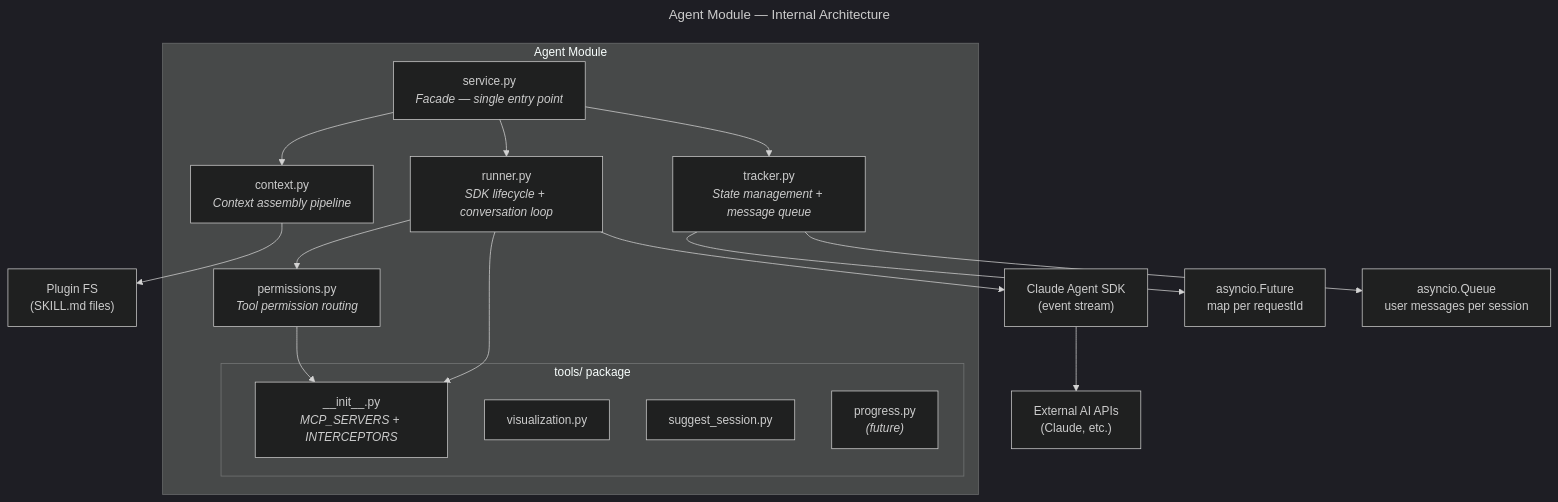
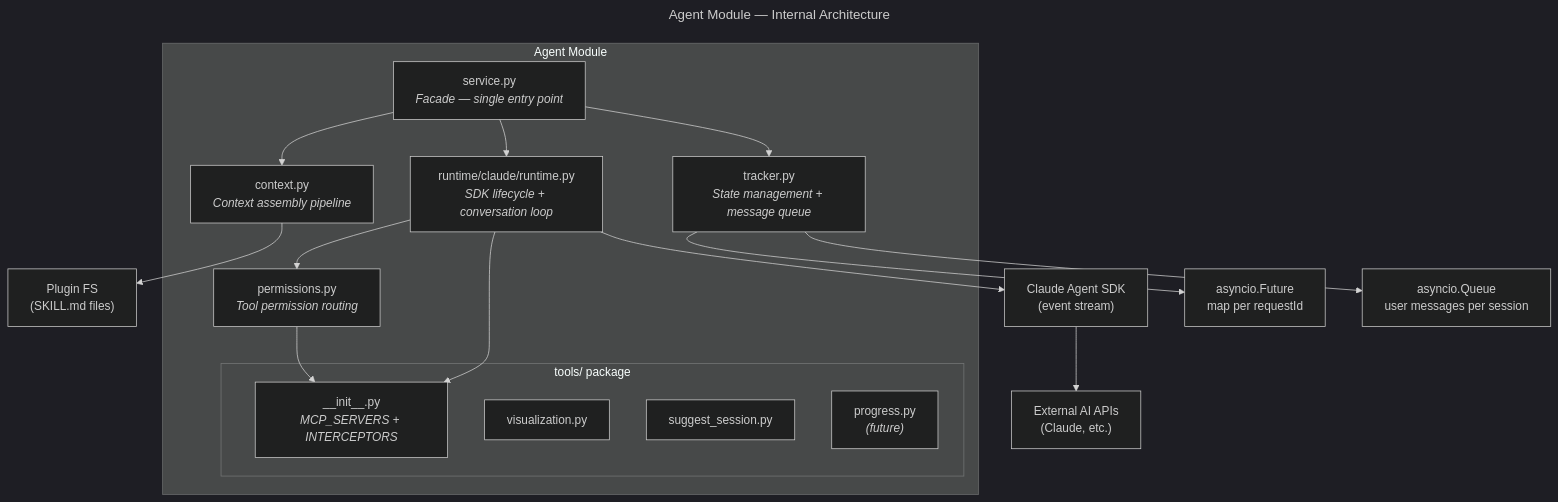
One commit to JetBrains/thinkrail changed the fifth of 5 diagrams in backend/app/agent/README.md. Above: the diagram before and after it, drawn with Mermaid (dark theme). The commit also changed other lines of this file and 41 other files, not shown here.

First line of the commit message:
Decouple agent runtime from runner, extract Claude runtime package

````diff
--- a/backend/app/agent/README.md
+++ b/backend/app/agent/README.md
@@ -236,36 +236,36 @@
 ```mermaid
 ---
 title: Agent Module — Internal Architecture
 ---
 graph TD
     subgraph AgentModule["Agent Module"]
         Service["service.py<br/><i>Facade — single entry point</i>"]
         Context["context.py<br/><i>Context assembly pipeline</i>"]
-        Runner["runner.py<br/><i>SDK lifecycle + conversation loop</i>"]
+        Runner["runtime/claude/runtime.py<br/><i>SDK lifecycle + conversation loop</i>"]
         Permissions["permissions.py<br/><i>Tool permission routing</i>"]
         Tracker["tracker.py<br/><i>State management + message queue</i>"]
         subgraph Tools["tools/ package"]
             ToolsInit["__init__.py<br/><i>MCP_SERVERS + INTERCEPTORS</i>"]
             Viz["visualization.py"]
             Suggest["suggest_session.py"]
             Progress["progress.py<br/><i>(future)</i>"]
         end
     end
 
     SDK["Claude Agent SDK<br/>(event stream)"]
     AI["External AI APIs<br/>(Claude, etc.)"]
     Futures["asyncio.Future<br/>map per requestId"]
     Queue["asyncio.Queue<br/>user messages per session"]
     PluginFS["Plugin FS<br/>(SKILL.md files)"]
 
     Service --> Context
     Service --> Runner
     Service --> Tracker
     Context --> PluginFS
     Runner --> Permissions
     Runner --> ToolsInit
     Permissions --> ToolsInit
     Runner --> SDK --> AI
     Tracker --> Futures
     Tracker --> Queue
 ```
````
